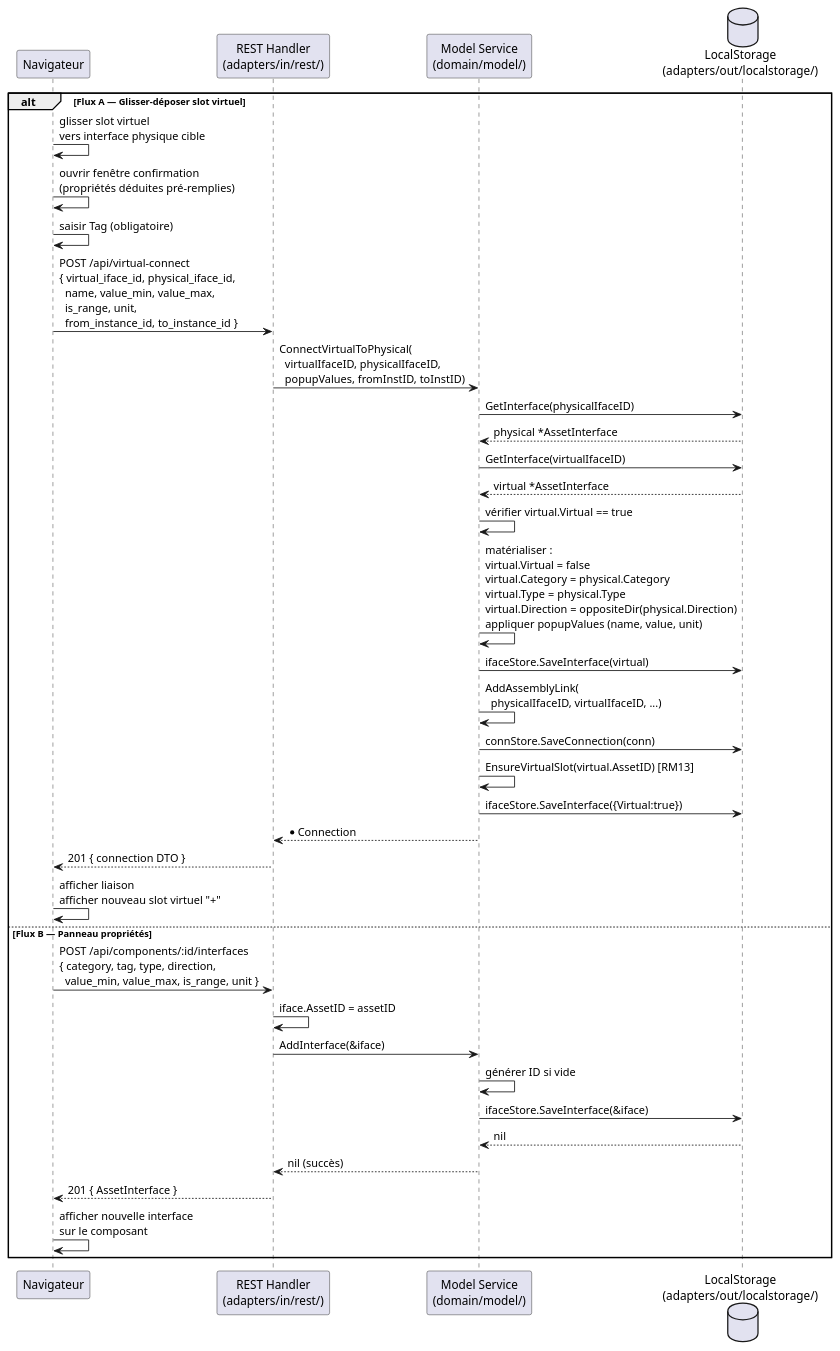
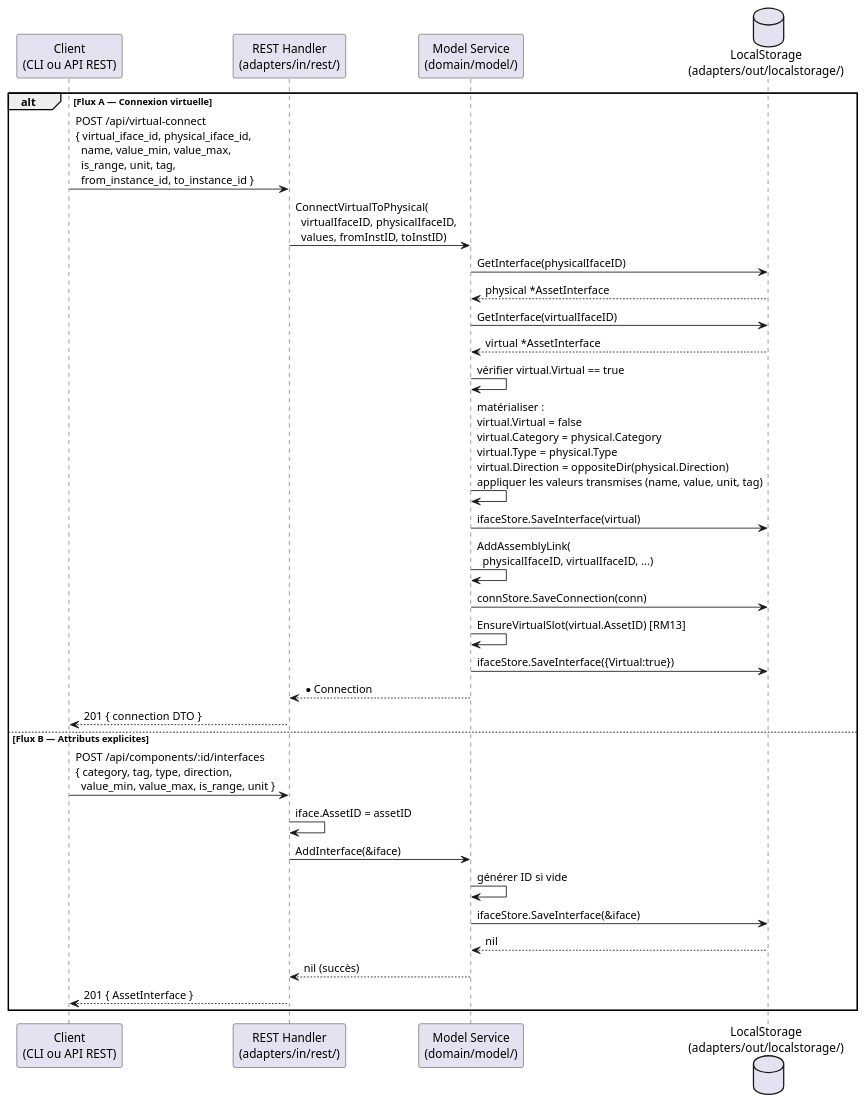
One commit to olivaux/myr changed the second of 2 diagrams in specs/2-Analyse/UCAM-Atelier_Module/UCAM03.md. Above: the diagram before and after it, drawn with PlantUML. The commit also changed other lines of this file and 72 other files, not shown here.

````diff
--- a/specs/2-Analyse/UCAM-Atelier_Module/UCAM03.md
+++ b/specs/2-Analyse/UCAM-Atelier_Module/UCAM03.md
@@ -134,59 +127,52 @@
 ```plantuml
 @startuml
-participant "Navigateur" as Browser
+participant "Client\n(CLI ou API REST)" as Client
 participant "REST Handler\n(adapters/in/rest/)" as REST
 participant "Model Service\n(domain/model/)" as Service
 database "LocalStorage\n(adapters/out/localstorage/)" as Local
 
-alt Flux A — Glisser-déposer slot virtuel
+alt Flux A — Connexion virtuelle
 
-    Browser -> Browser : glisser slot virtuel\nvers interface physique cible
-    Browser -> Browser : ouvrir fenêtre confirmation\n(propriétés déduites pré-remplies)
-    Browser -> Browser : saisir Tag (obligatoire)
-    Browser -> REST : POST /api/virtual-connect\n{ virtual_iface_id, physical_iface_id,\n  name, value_min, value_max,\n  is_range, unit,\n  from_instance_id, to_instance_id }
+    Client -> REST : POST /api/virtual-connect\n{ virtual_iface_id, physical_iface_id,\n  name, value_min, value_max,\n  is_range, unit, tag,\n  from_instance_id, to_instance_id }
 
-    REST -> Service : ConnectVirtualToPhysical(\n  virtualIfaceID, physicalIfaceID,\n  popupValues, fromInstID, toInstID)
+    REST -> Service : ConnectVirtualToPhysical(\n  virtualIfaceID, physicalIfaceID,\n  values, fromInstID, toInstID)
 
     Service -> Local : GetInterface(physicalIfaceID)
     Local --> Service : physical *AssetInterface
 
     Service -> Local : GetInterface(virtualIfaceID)
     Local --> Service : virtual *AssetInterface
 
     Service -> Service : vérifier virtual.Virtual == true
 
-    Service -> Service : matérialiser :\nvirtual.Virtual = false\nvirtual.Category = physical.Category\nvirtual.Type = physical.Type\nvirtual.Direction = oppositeDir(physical.Direction)\nappliquer popupValues (name, value, unit)
+    Service -> Service : matérialiser :\nvirtual.Virtual = false\nvirtual.Category = physical.Category\nvirtual.Type = physical.Type\nvirtual.Direction = oppositeDir(physical.Direction)\nappliquer les valeurs transmises (name, value, unit, tag)
 
     Service -> Local : ifaceStore.SaveInterface(virtual)
 
     Service -> Service : AddAssemblyLink(\n  physicalIfaceID, virtualIfaceID, ...)
     Service -> Local : connStore.SaveConnection(conn)
 
     Service -> Service : EnsureVirtualSlot(virtual.AssetID) [RM13]
     Service -> Local : ifaceStore.SaveInterface({Virtual:true})
 
     Service --> REST : *Connection
-    REST --> Browser : 201 { connection DTO }
+    REST --> Client : 201 { connection DTO }
 
-    Browser -> Browser : afficher liaison\nafficher nouveau slot virtuel "+"
+else Flux B — Attributs explicites
 
-else Flux B — Panneau propriétés
-
-    Browser -> REST : POST /api/components/:id/interfaces\n{ category, tag, type, direction,\n  value_min, value_max, is_range, unit }
+    Client -> REST : POST /api/components/:id/interfaces\n{ category, tag, type, direction,\n  value_min, value_max, is_range, unit }
 
     REST -> REST : iface.AssetID = assetID
 
     REST -> Service : AddInterface(&iface)
     Service -> Service : générer ID si vide
     Service -> Local : ifaceStore.SaveInterface(&iface)
     Local --> Service : nil
 
     Service --> REST : nil (succès)
-    REST --> Browser : 201 { AssetInterface }
-
-    Browser -> Browser : afficher nouvelle interface\nsur le composant
+    REST --> Client : 201 { AssetInterface }
 
 end
 
 @enduml
 ```
````
